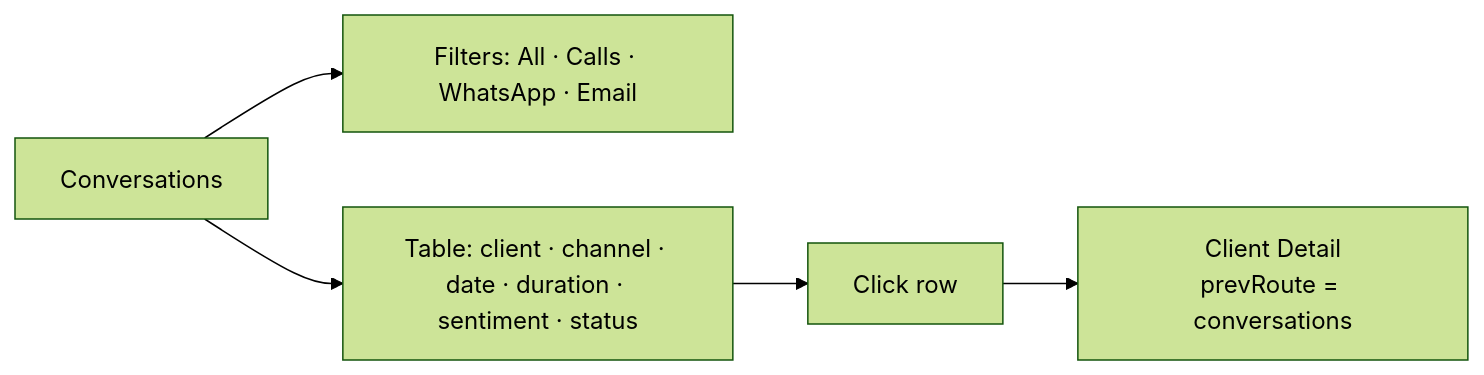
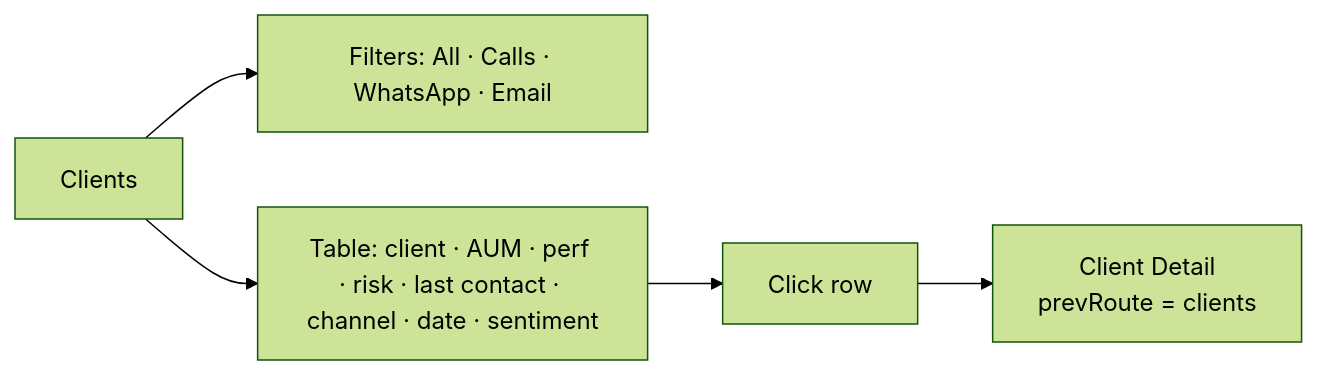
The fourth of 8 diagrams in docs/flows/COCKPIT_FLOWS.md (thoravieira/wealth-advisor-hub), drawn with Mermaid (forest theme) before and after one commit. The commit also changed other lines of this file and 8 other files, not shown here.

````diff
--- a/docs/flows/COCKPIT_FLOWS.md
+++ b/docs/flows/COCKPIT_FLOWS.md
@@ -92,7 +92,7 @@
 ```mermaid
 flowchart LR
-    CO[Conversations] --> F[Filters: All · Calls · WhatsApp · Email]
-    CO --> T[Table: client · channel · date · duration · sentiment · status]
+    CO[Clients] --> F[Filters: All · Calls · WhatsApp · Email]
+    CO --> T[Table: client · AUM · perf · risk · last contact · channel · date · sentiment]
     T --> ROW[Click row]
-    ROW --> CD[Client Detail\nprevRoute = conversations]
+    ROW --> CD[Client Detail\nprevRoute = clients]
 ```
````
